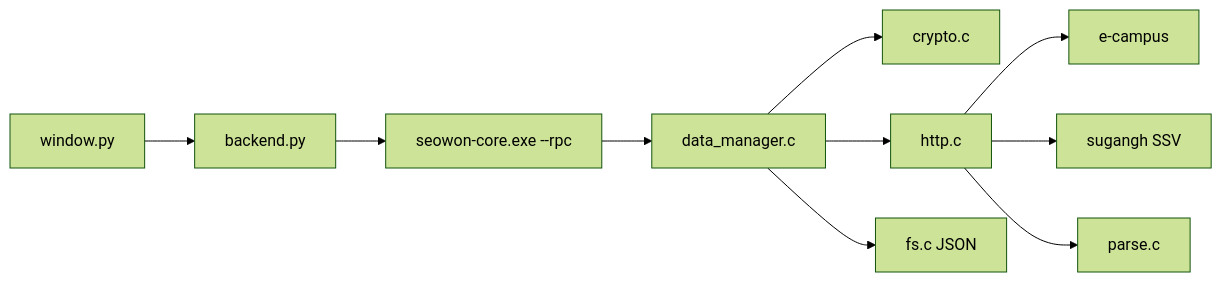
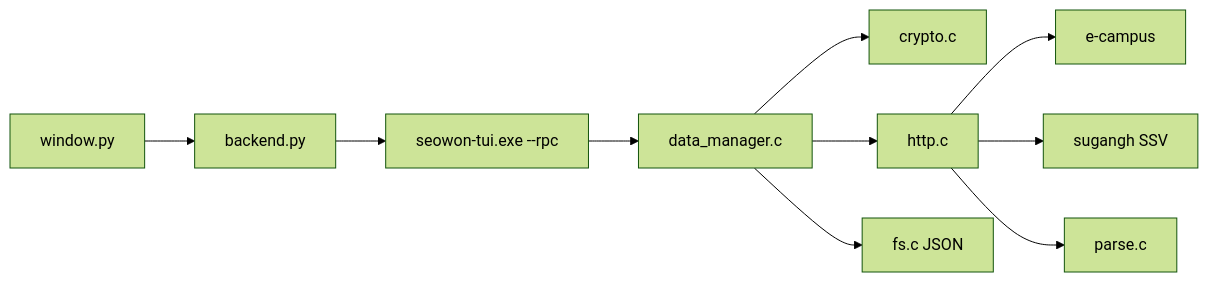
Before and after one commit to hy040504/seowon-cli: the diagram in README.md, drawn with Mermaid (forest theme). The commit also changed other lines of this file and 6 other files, not shown here.

````diff
--- a/README.md
+++ b/README.md
@@ -161,12 +166,12 @@
 ```mermaid
 flowchart LR
   A[window.py] --> B[backend.py]
-  B --> C["seowon-core.exe --rpc"]
+  B --> C["seowon-tui.exe --rpc"]
   C --> D[data_manager.c]
   D --> E[crypto.c]
   D --> F[http.c]
   F --> G[e-campus]
   F --> H[sugangh SSV]
   F --> I[parse.c]
   D --> J[fs.c JSON]
 ```
````
